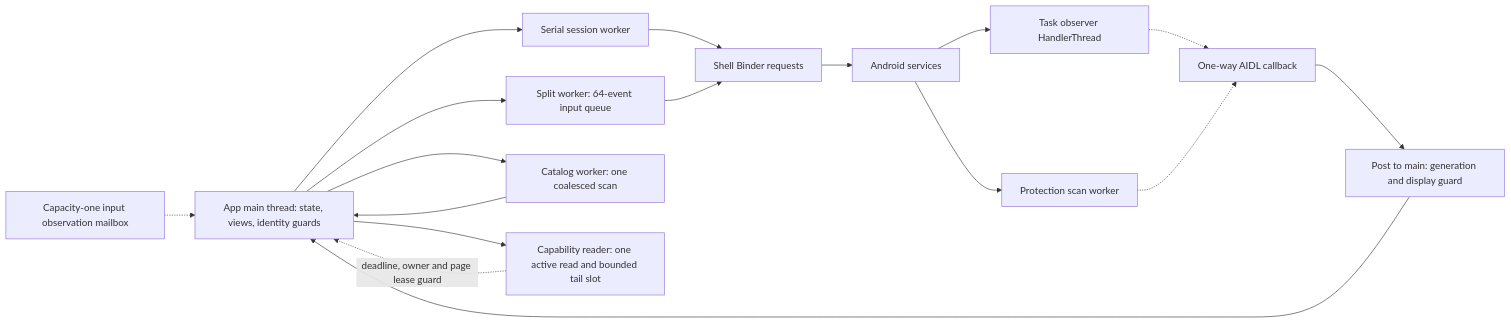
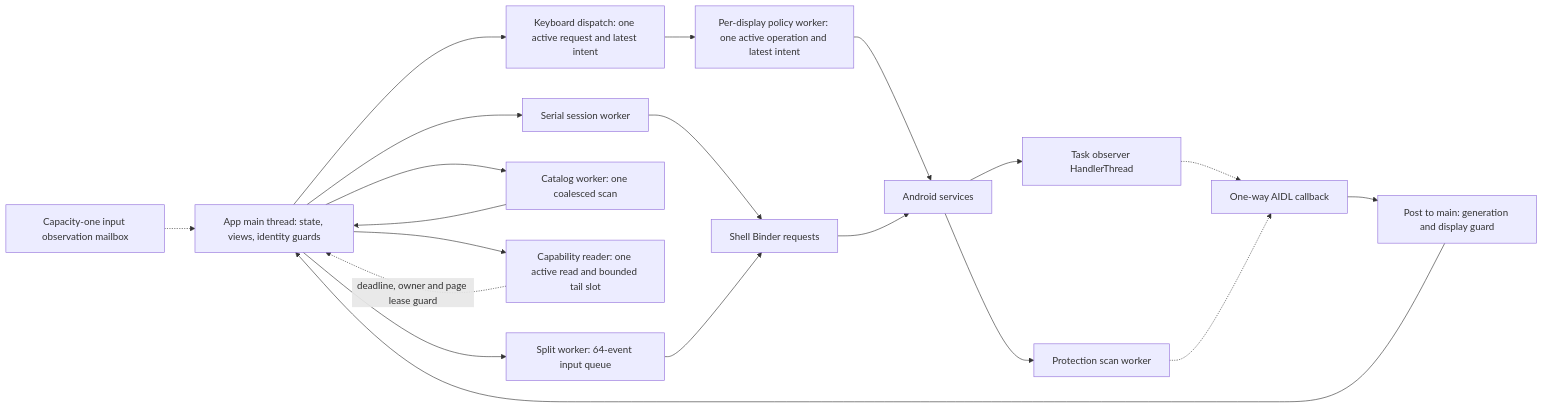
Before and after one commit to PhiLong-Ho/DexDroid: the third of 3 diagrams in docs/architecture/README.md, drawn with Mermaid. The commit also changed other lines of this file and 60 other files, not shown here.

````diff
--- a/docs/architecture/README.md
+++ b/docs/architecture/README.md
@@ -124,19 +132,22 @@
 ```mermaid
 flowchart LR
     Main[App main thread: state, views, identity guards] --> Work[Serial session worker]
     Main --> Split[Split worker: 64-event input queue]
     Main --> Catalog[Catalog worker: one coalesced scan]
     Main --> Capabilities[Capability reader: one active read and bounded tail slot]
+    Main --> Ime[Keyboard dispatch: one active request and latest intent]
+    Ime --> Policy[Per-display policy worker: one active operation and latest intent]
+    Policy --> Android
     InputFact[Capacity-one input observation mailbox] -.-> Main
     Work --> Binder[Shell Binder requests]
     Split --> Binder
     Binder --> Android[Android services]
     Android --> Tasks[Task observer HandlerThread]
     Android --> Protect[Protection scan worker]
     Tasks -.-> Callback[One-way AIDL callback]
     Protect -.-> Callback
     Callback --> Guard[Post to main: generation and display guard]
     Guard --> Main
     Catalog --> Main
     Capabilities -.->|deadline, owner and page lease guard| Main
 ```
````
